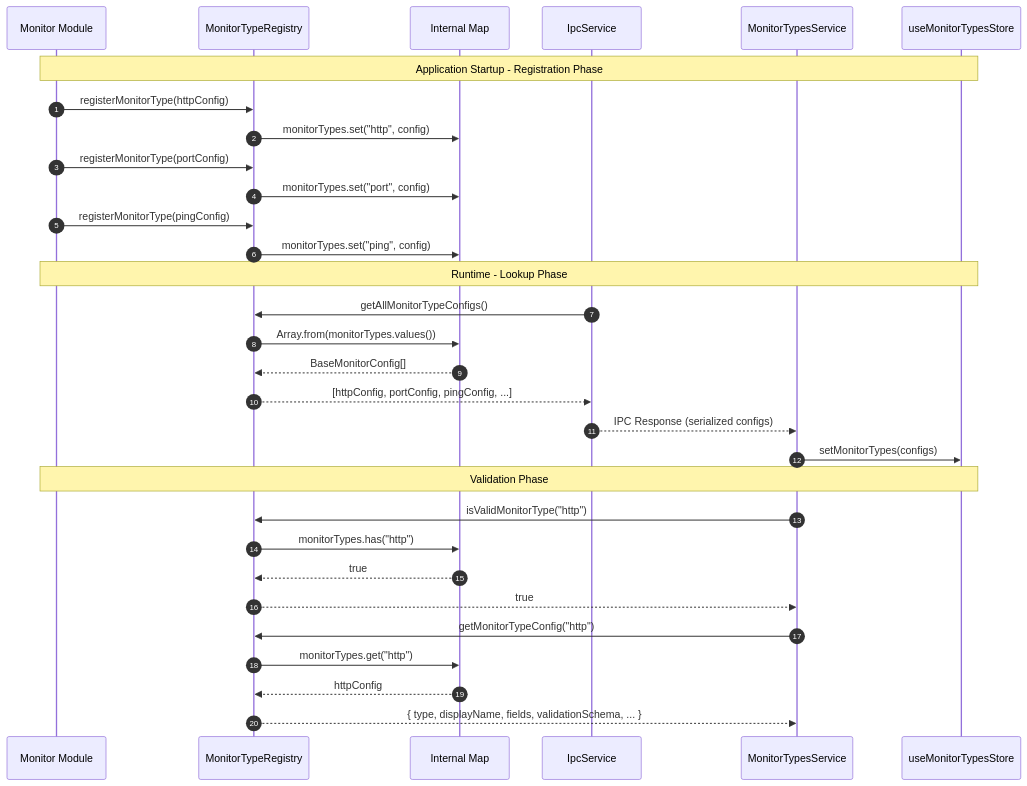
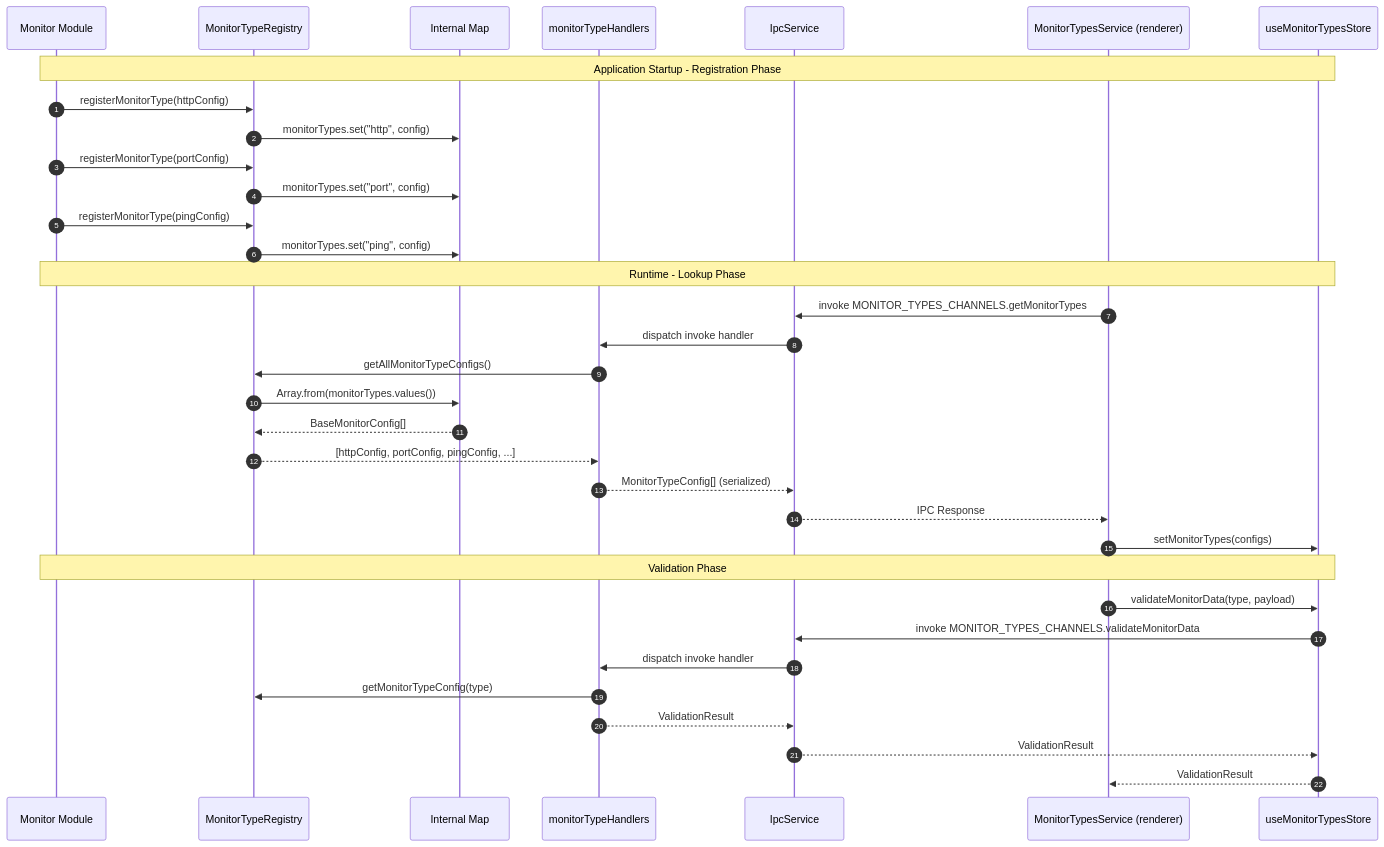
One commit to Nick2bad4u/Uptime-Watcher changed the second of 3 diagrams in docs/Architecture/ADRs/ADR_008_MONITOR_TYPE_REGISTRY.md. Above: the diagram before and after it, drawn with Mermaid. The commit also changed other lines of this file and 32 other files, not shown here.

````diff
--- a/docs/Architecture/ADRs/ADR_008_MONITOR_TYPE_REGISTRY.md
+++ b/docs/Architecture/ADRs/ADR_008_MONITOR_TYPE_REGISTRY.md
@@ -292,40 +294,41 @@
 ```mermaid
 sequenceDiagram
     autonumber
     participant Module as Monitor Module
     participant Registry as MonitorTypeRegistry
     participant Map as Internal Map
+    participant Handlers as monitorTypeHandlers
     participant IPC as IpcService
-    participant Renderer as MonitorTypesService
+    participant Renderer as MonitorTypesService (renderer)
     participant Store as useMonitorTypesStore
 
     Note over Module,Store: Application Startup - Registration Phase
     Module->>Registry: registerMonitorType(httpConfig)
     Registry->>Map: monitorTypes.set("http", config)
 
     Module->>Registry: registerMonitorType(portConfig)
     Registry->>Map: monitorTypes.set("port", config)
 
     Module->>Registry: registerMonitorType(pingConfig)
     Registry->>Map: monitorTypes.set("ping", config)
 
     Note over Module,Store: Runtime - Lookup Phase
-    IPC->>Registry: getAllMonitorTypeConfigs()
+    Renderer->>IPC: invoke MONITOR_TYPES_CHANNELS.getMonitorTypes
+    IPC->>Handlers: dispatch invoke handler
+    Handlers->>Registry: getAllMonitorTypeConfigs()
     Registry->>Map: Array.from(monitorTypes.values())
     Map-->>Registry: BaseMonitorConfig[]
-    Registry-->>IPC: [httpConfig, portConfig, pingConfig, ...]
-
-    IPC-->>Renderer: IPC Response (serialized configs)
+    Registry-->>Handlers: [httpConfig, portConfig, pingConfig, ...]
+    Handlers-->>IPC: MonitorTypeConfig[] (serialized)
+    IPC-->>Renderer: IPC Response
     Renderer->>Store: setMonitorTypes(configs)
 
     Note over Module,Store: Validation Phase
-    Renderer->>Registry: isValidMonitorType("http")
-    Registry->>Map: monitorTypes.has("http")
-    Map-->>Registry: true
-    Registry-->>Renderer: true
-
-    Renderer->>Registry: getMonitorTypeConfig("http")
-    Registry->>Map: monitorTypes.get("http")
-    Map-->>Registry: httpConfig
-    Registry-->>Renderer: { type, displayName, fields, validationSchema, ... }
+    Renderer->>Store: validateMonitorData(type, payload)
+    Store->>IPC: invoke MONITOR_TYPES_CHANNELS.validateMonitorData
+    IPC->>Handlers: dispatch invoke handler
+    Handlers->>Registry: getMonitorTypeConfig(type)
+    Handlers-->>IPC: ValidationResult
+    IPC-->>Store: ValidationResult
+    Store-->>Renderer: ValidationResult
 ```
````
